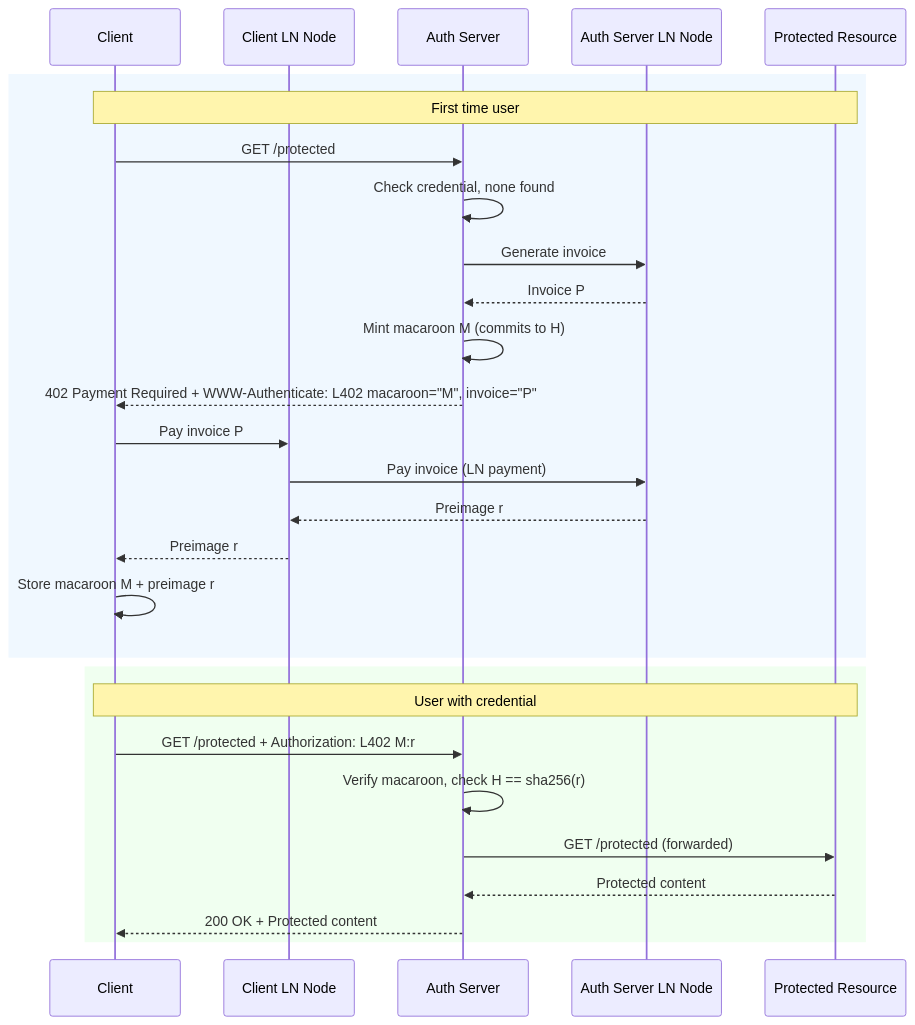
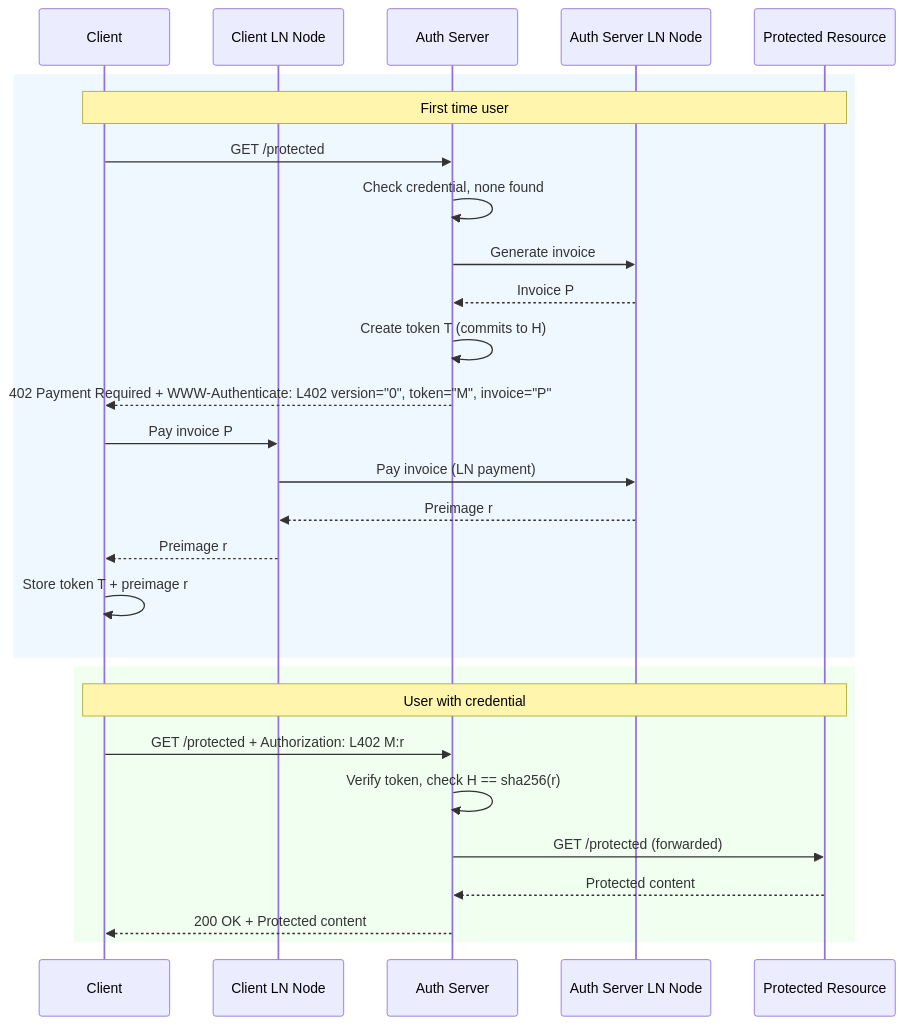
One commit to lightninglabs/L402 changed the diagram in docs/authentication-flow.md. Above: the diagram before and after it, drawn with Mermaid. The commit also changed other lines of this file and 5 other files, not shown here.

````diff
--- a/docs/authentication-flow.md
+++ b/docs/authentication-flow.md
@@ -25,32 +25,32 @@
 ```mermaid
 sequenceDiagram
     participant C as Client
     participant CL as Client LN Node
     participant A as Auth Server
     participant AL as Auth Server LN Node
     participant R as Protected Resource
 
     rect rgb(240, 248, 255)
     Note over C,R: First time user
     C->>A: GET /protected
     A->>A: Check credential, none found
     A->>AL: Generate invoice
     AL-->>A: Invoice P
-    A->>A: Mint macaroon M (commits to H)
-    A-->>C: 402 Payment Required + WWW-Authenticate: L402 macaroon="M", invoice="P"
+    A->>A: Create token T (commits to H)
+    A-->>C: 402 Payment Required + WWW-Authenticate: L402 version="0", token="M", invoice="P"
     C->>CL: Pay invoice P
     CL->>AL: Pay invoice (LN payment)
     AL-->>CL: Preimage r
     CL-->>C: Preimage r
-    C->>C: Store macaroon M + preimage r
+    C->>C: Store token T + preimage r
     end
 
     rect rgb(240, 255, 240)
     Note over C,R: User with credential
     C->>A: GET /protected + Authorization: L402 M:r
-    A->>A: Verify macaroon, check H == sha256(r)
+    A->>A: Verify token, check H == sha256(r)
     A->>R: GET /protected (forwarded)
     R-->>A: Protected content
     A-->>C: 200 OK + Protected content
     end
 ```
````
